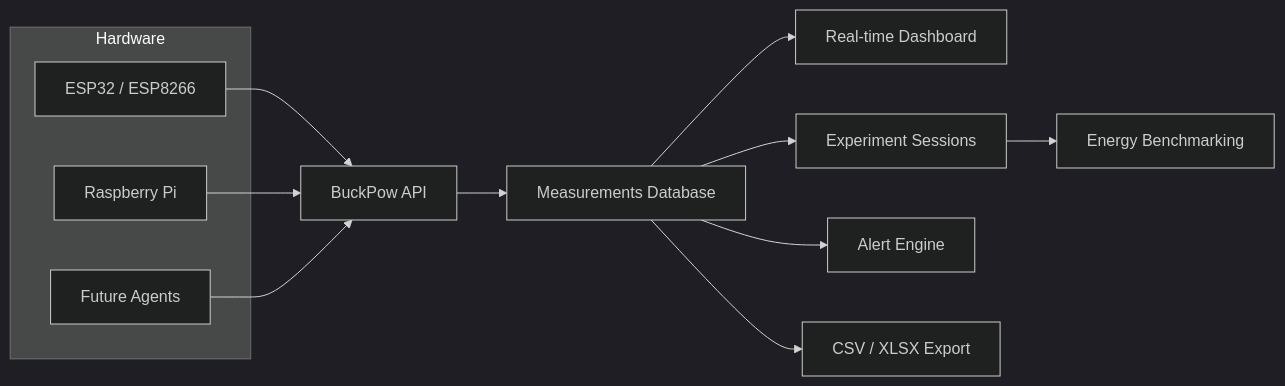
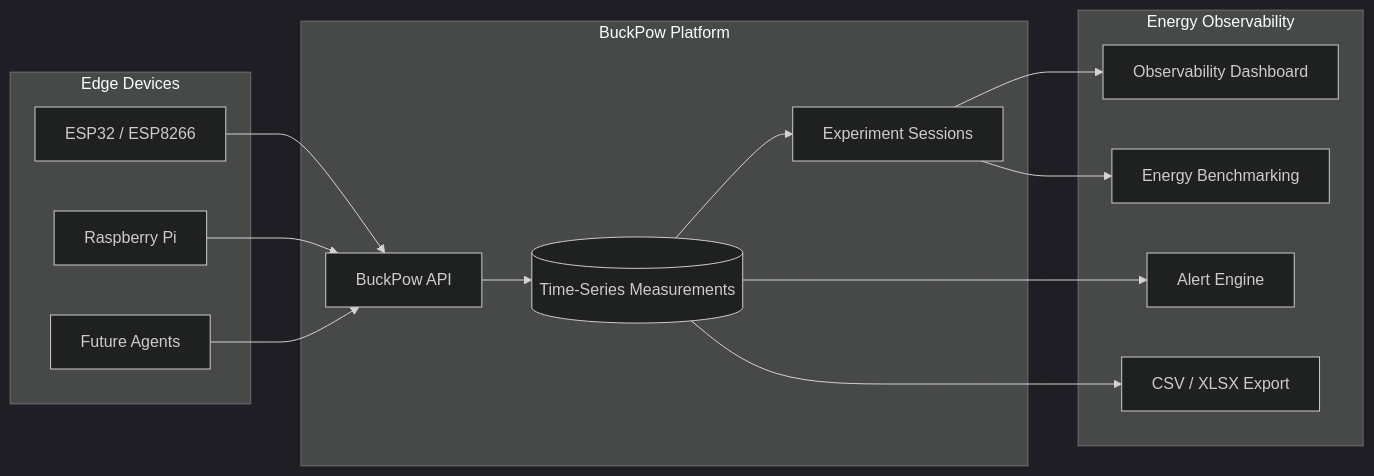
The diagram in README.md (arifnd/buckpow), drawn with Mermaid (dark theme) before and after one commit. The commit also changed other lines of this file and 10 other files, not shown here.

````diff
--- a/README.md
+++ b/README.md
@@ -86,22 +103,34 @@
 ```mermaid
-graph LR
-    subgraph Hardware
+flowchart LR
+    subgraph Edge Devices
         ESP["ESP32 / ESP8266"]
         PI["Raspberry Pi"]
         OTHER["Future Agents"]
+    end
+
+    subgraph BuckPow Platform
+        API["BuckPow API"]
+        DB[("Time-Series Measurements")]
+        SESSION["Experiment Sessions"]
+    end
+
+    subgraph Energy Observability
+        DASH["Observability Dashboard"]
+        BENCH["Energy Benchmarking"]
+        ALERT["Alert Engine"]
+        EXPORT["CSV / XLSX Export"]
     end
 
     ESP --> API
     PI --> API
     OTHER --> API
 
-    API["BuckPow API"]
+    API --> DB
+    DB --> SESSION
 
-    API --> DB["Measurements Database"]
+    SESSION --> BENCH
+    SESSION --> DASH
 
-    DB --> DASH["Real-time Dashboard"]
-    DB --> SESSION["Experiment Sessions"]
-    SESSION --> BENCH["Energy Benchmarking"]
-    DB --> ALERT["Alert Engine"]
-    DB --> EXPORT["CSV / XLSX Export"]
+    DB --> ALERT
+    DB --> EXPORT
 ```
````
